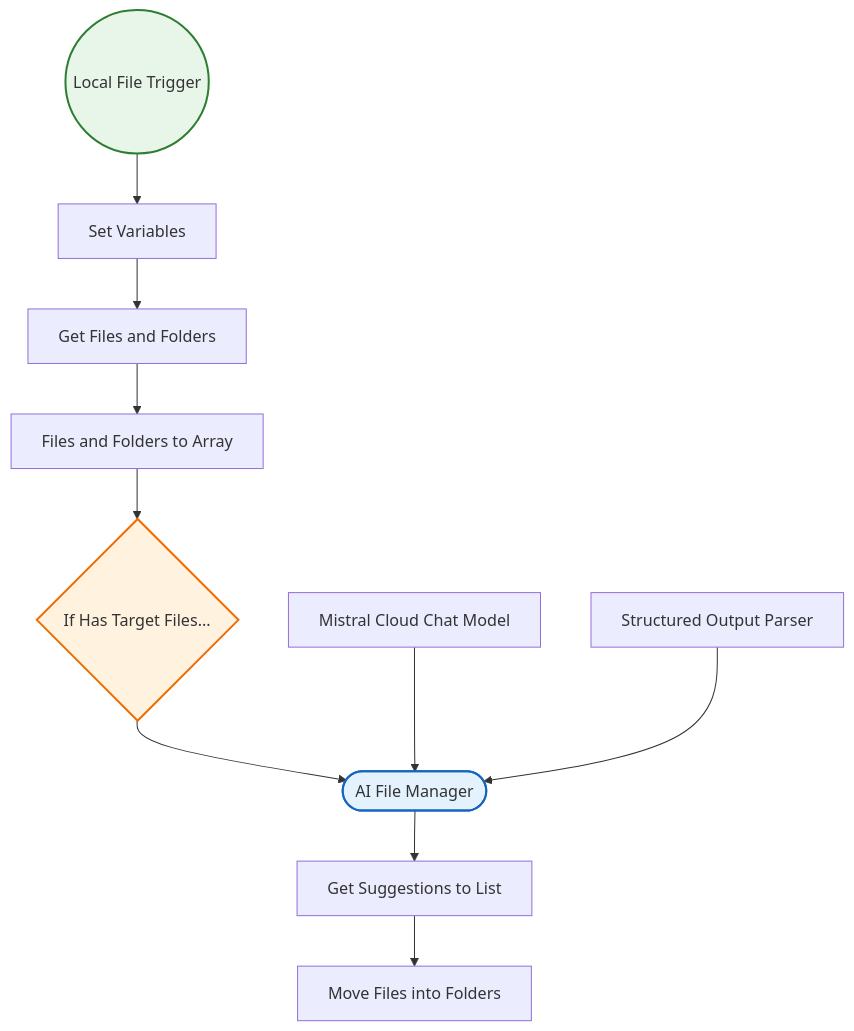
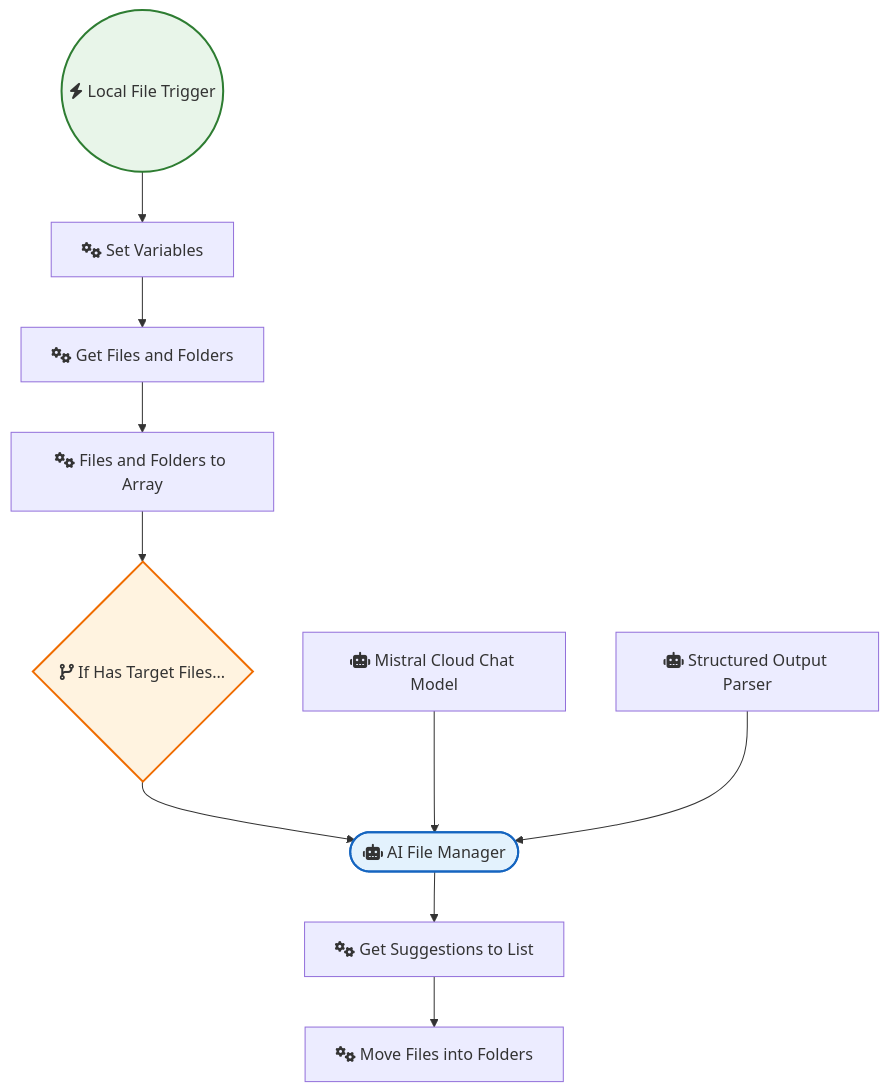
Before and after one commit to sreyash3105/N8N-DEMO-AUTOMATIONS: the diagram in OpenAI_and_LLMs/Organise Your Local File Directories With AI.md, drawn with Mermaid. The commit also changed 291 other files, not shown here.

````diff
--- a/OpenAI_and_LLMs/Organise Your Local File Directories With AI.md
+++ b/OpenAI_and_LLMs/Organise Your Local File Directories With AI.md
@@ -1,27 +1,27 @@
 ```mermaid
 graph TD
     classDef trigger fill:#e8f5e9,stroke:#2e7d32,stroke-width:2px;
     classDef ai fill:#e3f2fd,stroke:#1565c0,stroke-width:2px;
     classDef logic fill:#fff3e0,stroke:#ef6c00,stroke-width:2px;
 
-    Local_File_Trigger(("Local File Trigger")):::trigger
-    Get_Files_and_Folders["Get Files and Folders"]
-    Files_and_Folders_to_Array["Files and Folders to Array"]
-    Mistral_Cloud_Chat_Model["Mistral Cloud Chat Model"]
-    Structured_Output_Parser["Structured Output Parser"]
-    Set_Variables["Set Variables"]
-    Move_Files_into_Folders["Move Files into Folders"]
-    If_Has_Target_Files___{"If Has Target Files..."}:::logic
-    Get_Suggestions_to_List["Get Suggestions to List"]
-    AI_File_Manager(["AI File Manager"]):::ai
+    Local_File_Trigger(("fas:fa-bolt Local File Trigger")):::trigger
+    Get_Files_and_Folders["fas:fa-cogs Get Files and Folders"]
+    Files_and_Folders_to_Array["fas:fa-cogs Files and Folders to Array"]
+    Mistral_Cloud_Chat_Model["fas:fa-robot Mistral Cloud Chat Model"]
+    Structured_Output_Parser["fas:fa-robot Structured Output Parser"]
+    Set_Variables["fas:fa-cogs Set Variables"]
+    Move_Files_into_Folders["fas:fa-cogs Move Files into Folders"]
+    If_Has_Target_Files___{"fas:fa-code-branch If Has Target Files..."}:::logic
+    Get_Suggestions_to_List["fas:fa-cogs Get Suggestions to List"]
+    AI_File_Manager(["fas:fa-robot AI File Manager"]):::ai
 
     Set_Variables --> Get_Files_and_Folders
     AI_File_Manager --> Get_Suggestions_to_List
     Local_File_Trigger --> Set_Variables
     Get_Files_and_Folders --> Files_and_Folders_to_Array
     If_Has_Target_Files___ --> AI_File_Manager
     Get_Suggestions_to_List --> Move_Files_into_Folders
     Mistral_Cloud_Chat_Model --> AI_File_Manager
     Structured_Output_Parser --> AI_File_Manager
     Files_and_Folders_to_Array --> If_Has_Target_Files___
 ```
````
